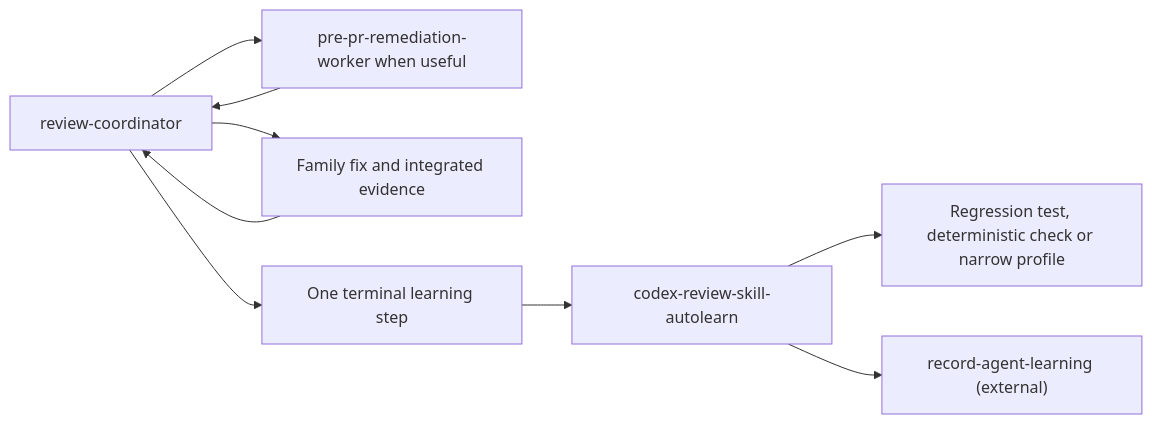
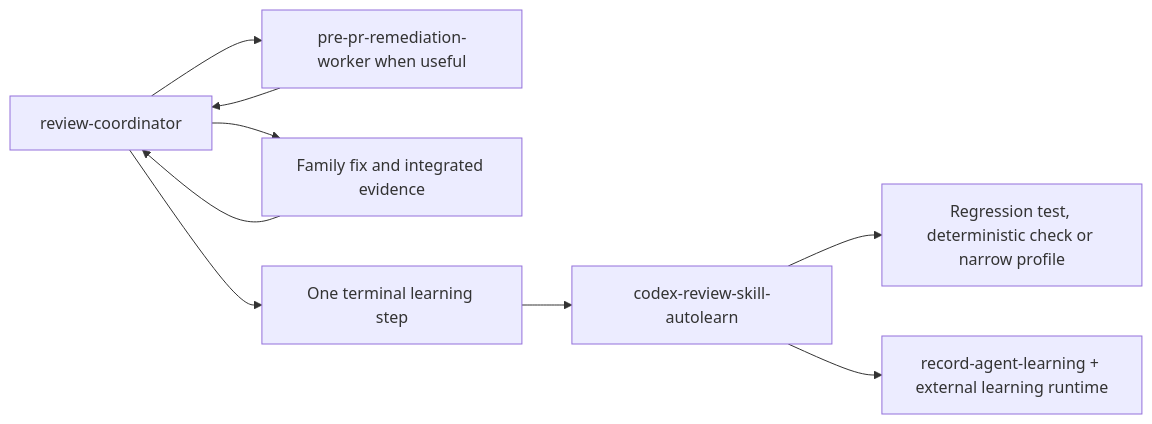
The third of 6 diagrams in README.md (marcomc/skills), drawn with Mermaid before and after one commit. The commit also changed other lines of this file and 15 other files, not shown here.

````diff
--- a/README.md
+++ b/README.md
@@ -269,13 +270,13 @@
 ```mermaid
 flowchart LR
     accTitle: Remediation and terminal learning
     accDescr: One owner integrates work and sends grounded lessons to tests or the smallest profile after the run.
     core["review-coordinator"] --> worker["pre-pr-remediation-worker when useful"]
     worker --> core
     core --> closure["Family fix and integrated evidence"]
     closure --> core
     core --> terminal["One terminal learning step"]
     terminal --> learn["codex-review-skill-autolearn"]
     learn --> target["Regression test, deterministic check or narrow profile"]
-    learn --> record["record-agent-learning (external)"]
+    learn --> record["record-agent-learning + external learning runtime"]
 ```
````
